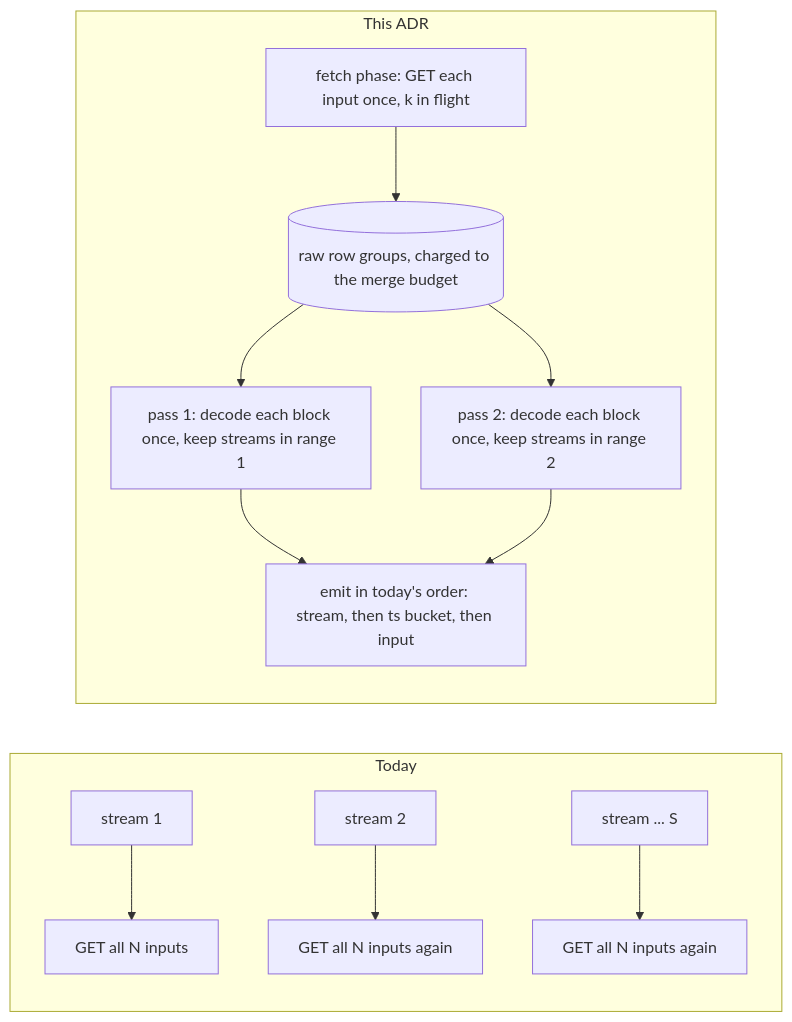
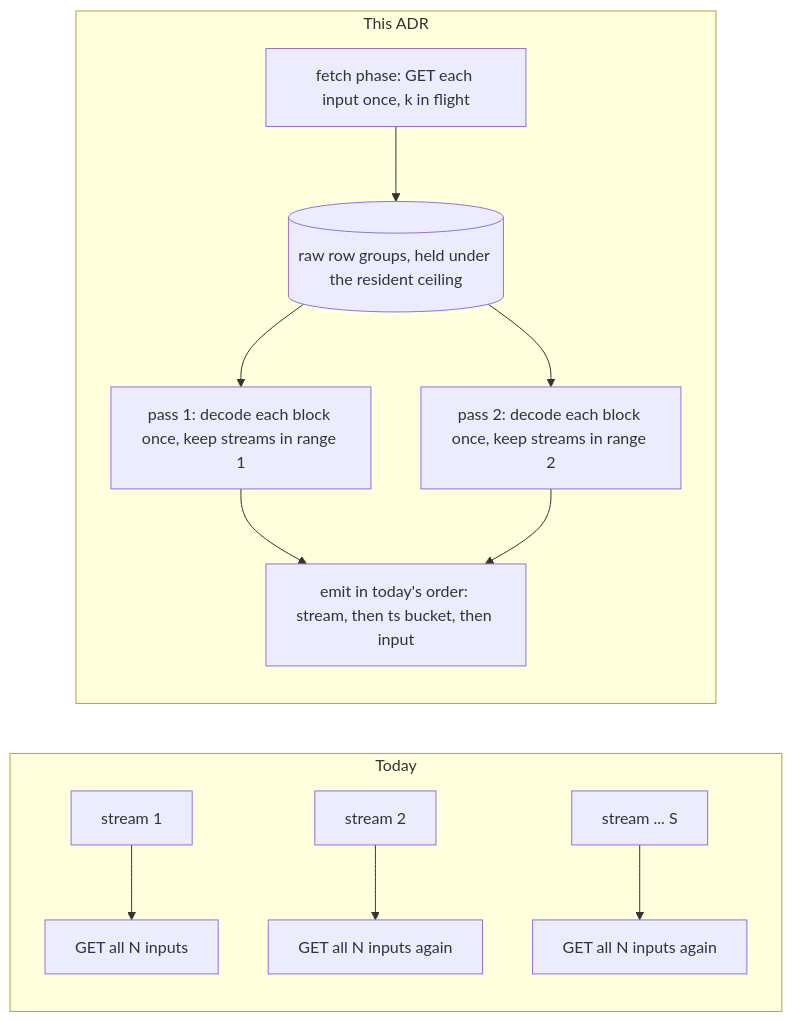
The diagram in docs/adrs/3819-rlog-merge-reads-each-input-once.md (NOFireAI/ravel), drawn with Mermaid before and after one commit. The commit also changed other lines of this file and 5 other files, not shown here.

````diff
--- a/docs/adrs/3819-rlog-merge-reads-each-input-once.md
+++ b/docs/adrs/3819-rlog-merge-reads-each-input-once.md
@@ -77,15 +78,15 @@
 ```mermaid
 flowchart LR
   subgraph today[Today]
     S1[stream 1] --> I1[GET all N inputs]
     S2[stream 2] --> I2[GET all N inputs again]
     S3[stream ... S] --> I3[GET all N inputs again]
   end
   subgraph after[This ADR]
-    F[fetch phase: GET each input once, k in flight] --> R[(raw row groups, charged to the merge budget)]
+    F[fetch phase: GET each input once, k in flight] --> R[(raw row groups, held under the resident ceiling)]
     R --> P1[pass 1: decode each block once, keep streams in range 1]
     R --> P2[pass 2: decode each block once, keep streams in range 2]
     P1 --> E[emit in today's order: stream, then ts bucket, then input]
     P2 --> E
   end
 ```
````
